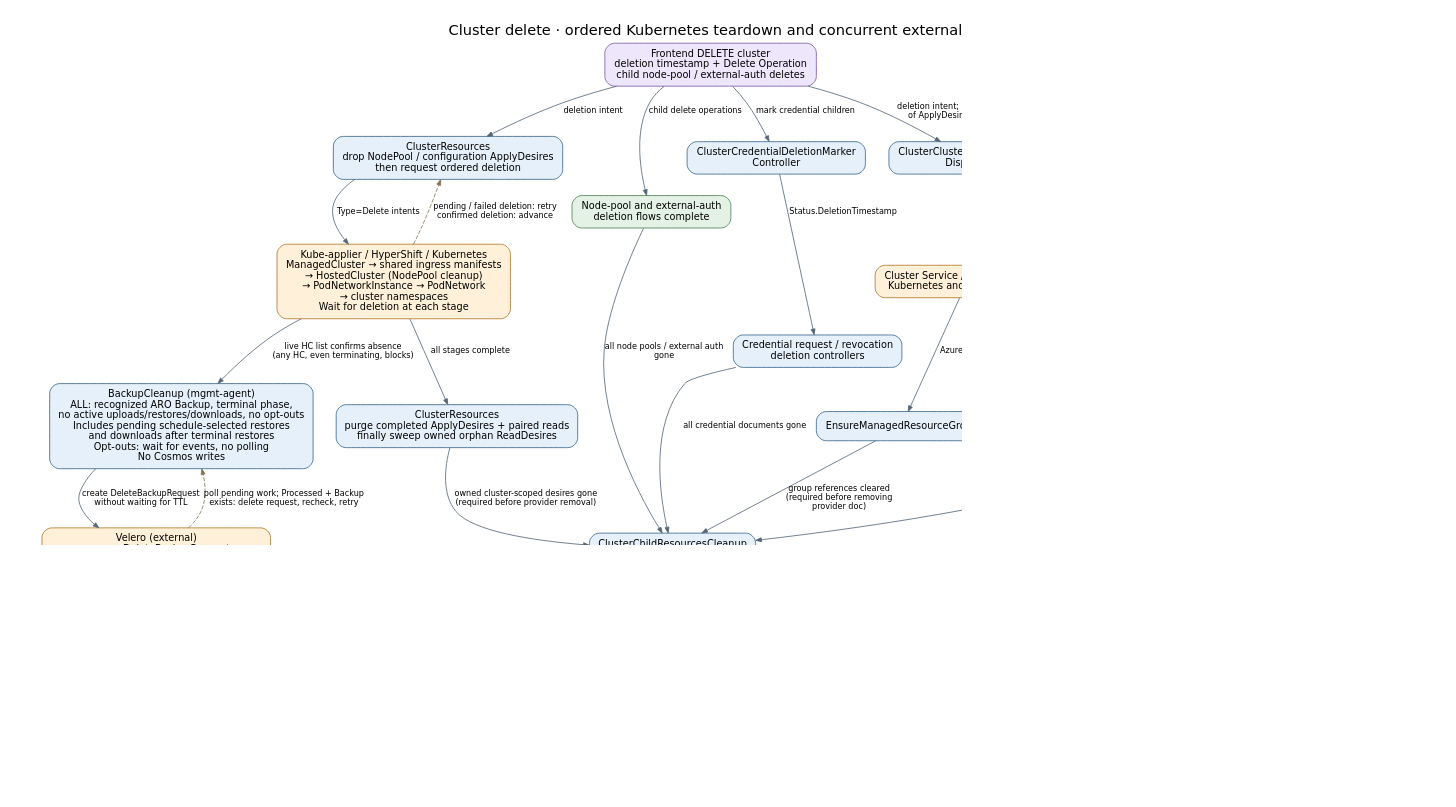
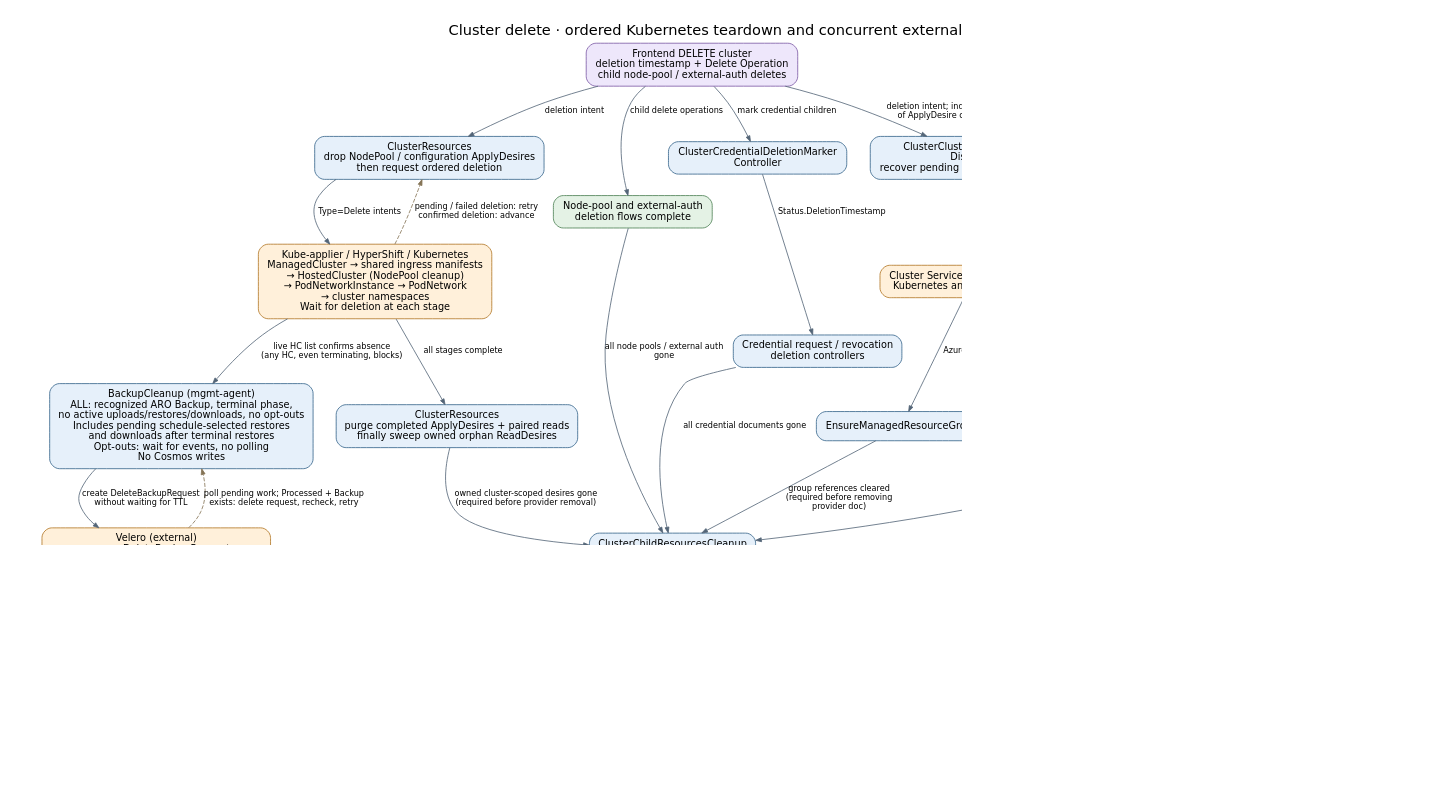
Before and after one commit to Azure/ARO-HCP: the diagram in docs/diagrams/controller-flows/cluster-delete.dot, drawn with Graphviz. The commit also changed 4 other files, not shown here.

Commit message:
fix(backend): recover pending CS creation during cluster deletion

```diff
--- a/docs/diagrams/controller-flows/cluster-delete.dot
+++ b/docs/diagrams/controller-flows/cluster-delete.dot
@@ -1,48 +1,48 @@
 digraph cluster_delete {
   graph [rankdir=TB, bgcolor="white", pad="0.3", nodesep="0.4", ranksep="0.55", fontname="DejaVu Sans", fontsize=18, labelloc=t, label="Cluster delete · ordered Kubernetes teardown and concurrent external cleanup", dpi=110];
   node [shape=box, style="rounded,filled", fillcolor="#e6f0fa", color="#35648a", fontname="DejaVu Sans", fontsize=12, margin="0.16,0.10"];
   edge [color="#536577", fontname="DejaVu Sans", fontsize=10, arrowsize=0.7];
   delete [label="Frontend DELETE cluster\ndeletion timestamp + Delete Operation\nchild node-pool / external-auth deletes", fillcolor="#eee7fb", color="#7b59a4"];
   resources [label="ClusterResources\ndrop NodePool / configuration ApplyDesires\nthen request ordered deletion", fillcolor="#e6f0fa", color="#35648a"];
   ordered [label="Kube-applier / HyperShift / Kubernetes\nManagedCluster → shared ingress manifests\n→ HostedCluster (NodePool cleanup)\n→ PodNetworkInstance → PodNetwork\n→ cluster namespaces\nWait for deletion at each stage", fillcolor="#fff0da", color="#b27624"];
   drained [label="ClusterResources\npurge completed ApplyDesires + paired reads\nfinally sweep owned orphan ReadDesires", fillcolor="#e6f0fa", color="#35648a"];
-  dispatch [label="ClusterClusterServiceDelete\nDispatch", fillcolor="#e6f0fa", color="#35648a"];
+  dispatch [label="ClusterClusterServiceDelete\nDispatch\nrecover pending ID before CS DELETE", fillcolor="#e6f0fa", color="#35648a"];
   cs [label="Cluster Service / external cleanup\nKubernetes and Azure resources", fillcolor="#fff0da", color="#b27624"];
   clear [label="ClusterDeletionClusterServiceID\nClearer", fillcolor="#e6f0fa", color="#35648a"];
   marker [label="ClusterCredentialDeletionMarker\nController", fillcolor="#e6f0fa", color="#35648a"];
   credentials [label="Credential request / revocation\ndeletion controllers", fillcolor="#e6f0fa", color="#35648a"];
   children [label="Node-pool and external-auth\ndeletion flows complete", fillcolor="#e4f2e5", color="#4c8053"];
   group [label="EnsureManagedResourceGroup", fillcolor="#e6f0fa", color="#35648a"];
   cleanup [label="ClusterChildResourcesCleanup\nController", fillcolor="#e6f0fa", color="#35648a"];
   final [label="ClusterDeletionController", fillcolor="#e6f0fa", color="#35648a"];
   op [label="OperationClusterDelete", fillcolor="#e6f0fa", color="#35648a"];
   done [label="ARM Delete Operation Succeeded", fillcolor="#e4f2e5", color="#4c8053"];
   backups [label="BackupCleanup (mgmt-agent)\nALL: recognized ARO Backup, terminal phase,\nno active uploads/restores/downloads, no opt-outs\nIncludes pending schedule-selected restores\nand downloads after terminal restores\nOpt-outs: wait for events, no polling\nNo Cosmos writes", fillcolor="#e6f0fa", color="#35648a"];
   velero [label="Velero (external)\nprocess DeleteBackupRequest\ndelete Backup and associated backup data", fillcolor="#fff0da", color="#b27624"];
   retained [label="Backup absent: stop reconciling\nBackupRepositories retained for Kopia maintenance\nNot proof of repository GC; not an ARM gate", fillcolor="#e4f2e5", color="#4c8053"];
   delete -> resources [label="deletion intent"];
   resources -> ordered [label="Type=Delete intents"];
   ordered -> resources [label="pending / failed deletion: retry\nconfirmed deletion: advance", style=dashed, color="#857456"];
   ordered -> drained [label="all stages complete"];
   drained -> cleanup [label="owned cluster-scoped desires gone\n(required before provider removal)"];
   delete -> dispatch [label="deletion intent; independent\nof ApplyDesire cleanup"];
   dispatch -> cs [label="DELETE; stamp dispatch\ntimestamp"];
   cs -> clear [label="GET reports not found"];
   ordered -> backups [label="live HC list confirms absence\n(any HC, even terminating, blocks)"];
   backups -> velero [label="create DeleteBackupRequest\nwithout waiting for TTL"];
   velero -> backups [label="poll pending work; Processed + Backup\nexists: delete request, recheck, retry", style=dashed, color="#857456"];
   velero -> retained [label="live Backup GET: NotFound"];
   delete -> marker [label="mark credential children"];
   marker -> credentials [label="Status.DeletionTimestamp"];
   delete -> children [label="child delete operations"];
   cs -> group [label="Azure group absence observed"];
   clear -> cleanup [label="ClusterServiceID cleared"];
   credentials -> cleanup [label="all credential documents gone"];
   children -> cleanup [label="all node pools / external auth\ngone"];
   group -> cleanup [label="group references cleared\n(required before removing\nprovider doc)"];
   cleanup -> final [label="nested resources and intents\ngone"];
   final -> op [label="billing DeletionTime; cluster\ndoc deleted"];
   op -> done [label="document absence observed"];
   clear -> clear [label="external deletion pending", style=dashed, color="#857456", constraint=false];
   group -> group [label="group still exists: observe again\n(or delete if orphaned)", style=dashed, color="#857456", constraint=false];
 }
```
